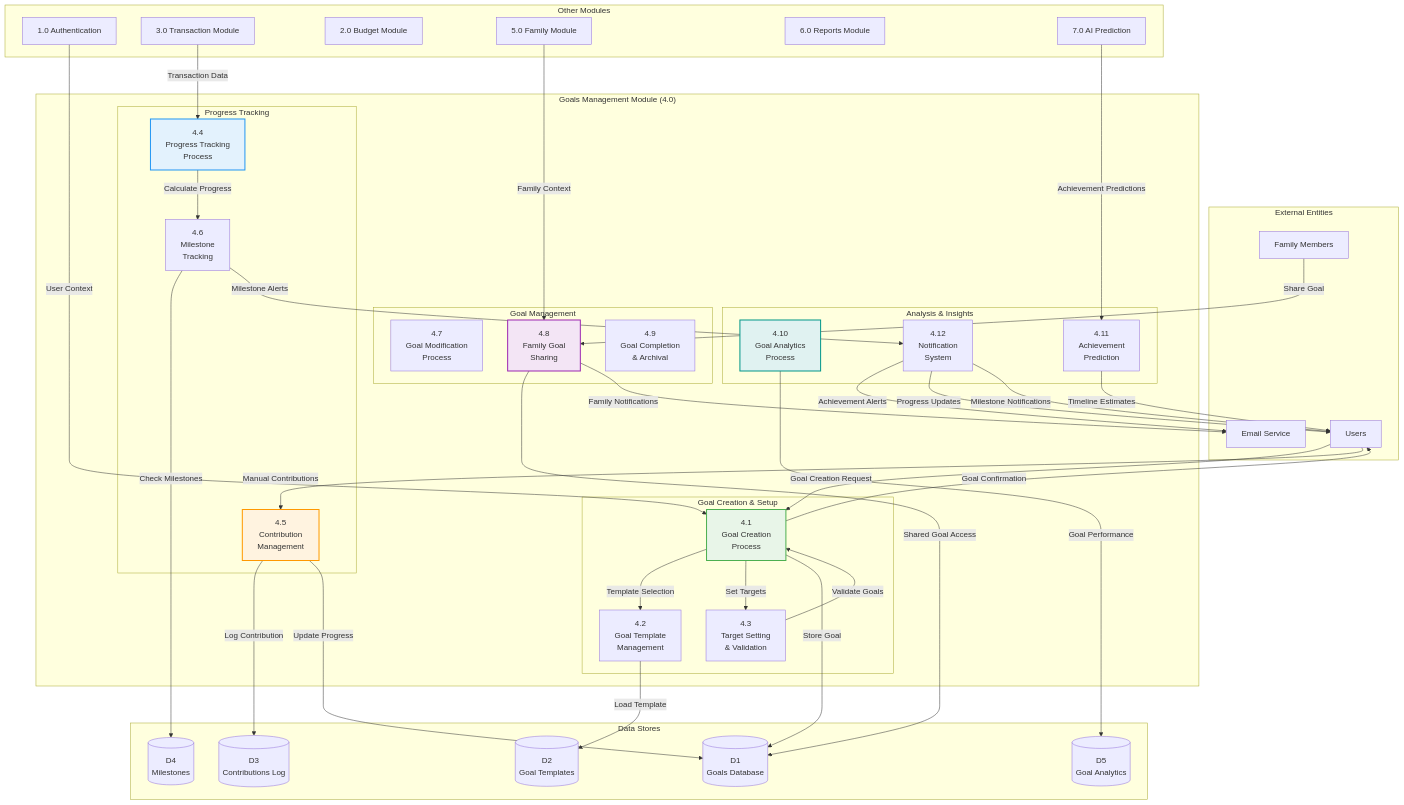
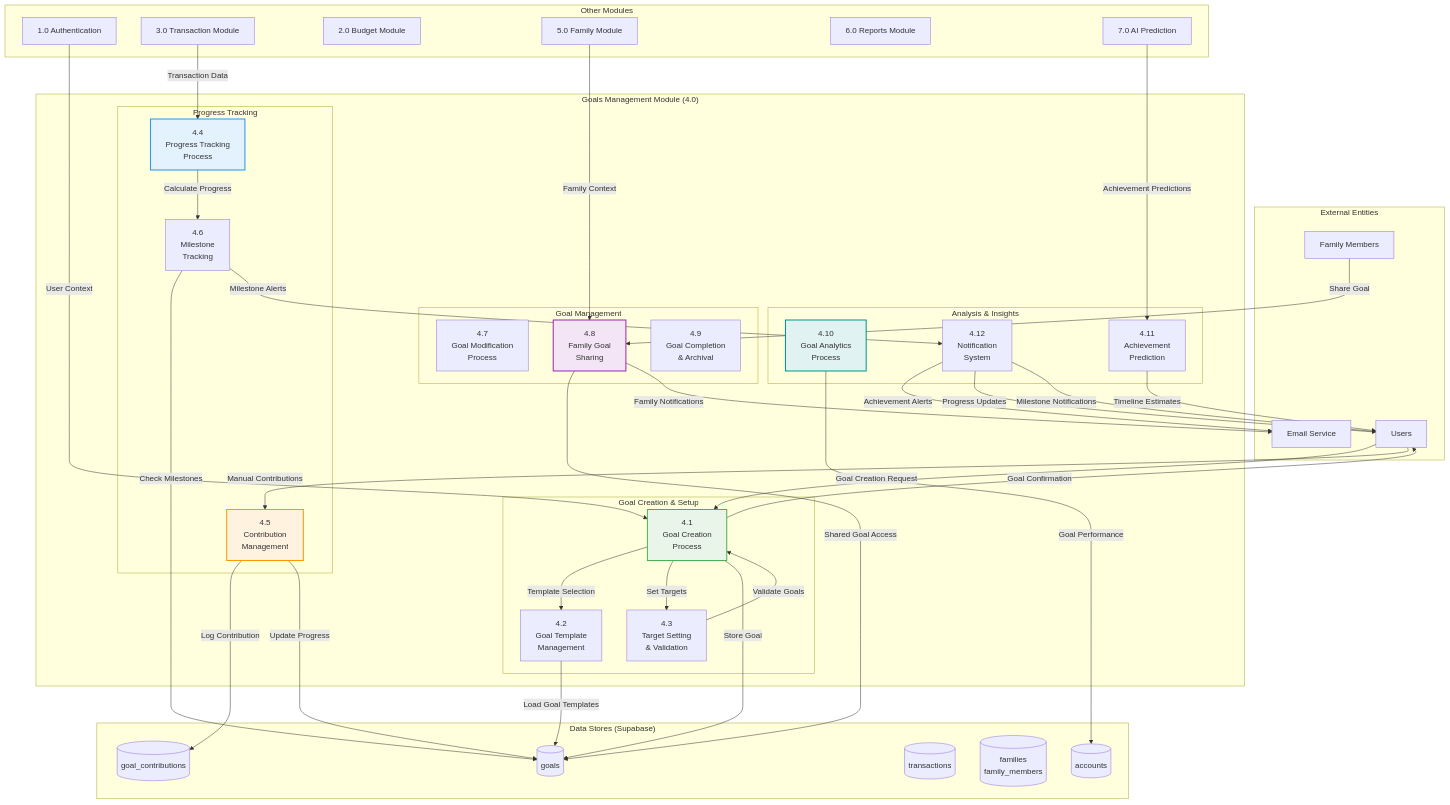
One commit to Kennong09/budgetme changed the diagram in DFD-Goals.md. Above: the diagram before and after it, drawn with Mermaid. The commit also changed other lines of this file and 718 other files, not shown here.

```diff
--- a/DFD-Goals.md
+++ b/DFD-Goals.md
@@ -48,19 +67,19 @@
         AI_PREDICT[7.0 AI Prediction]
     end
     
-    subgraph "Data Stores"
-        D1[(D1<br/>Goals Database)]
-        D2[(D2<br/>Goal Templates)]
-        D3[(D3<br/>Contributions Log)]
-        D4[(D4<br/>Milestones)]
-        D5[(D5<br/>Goal Analytics)]
+    subgraph "Data Stores (Supabase)"
+        D1[(goals)]
+        D2[(goal_contributions)]
+        D3[(transactions)]
+        D4[(families<br/>family_members)]
+        D5[(accounts)]
     end
     
     %% Goal Creation Flow
     USER -->|Goal Creation Request| CREATE
     AUTH -->|User Context| CREATE
     CREATE -->|Template Selection| TEMPLATE
-    TEMPLATE -->|Load Template| D2
+    TEMPLATE -->|Load Goal Templates| D1
     CREATE -->|Set Targets| TARGET
     TARGET -->|Validate Goals| CREATE
     CREATE -->|Store Goal| D1
@@ -69,10 +88,10 @@
     %% Progress Tracking
     TRANS -->|Transaction Data| TRACK
     USER -->|Manual Contributions| CONTRIBUTE
-    CONTRIBUTE -->|Log Contribution| D3
+    CONTRIBUTE -->|Log Contribution| D2
     CONTRIBUTE -->|Update Progress| D1
     TRACK -->|Calculate Progress| MILESTONE
-    MILESTONE -->|Check Milestones| D4
+    MILESTONE -->|Check Milestones| D1
     MILESTONE -->|Milestone Alerts| NOTIFY
     
     %% Family Goal Sharing
```
